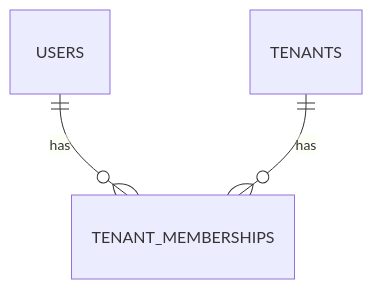
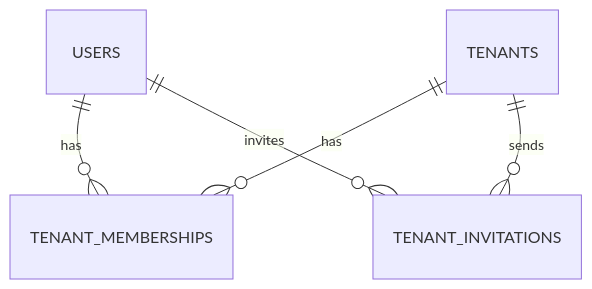
Before and after one commit to fathallah7/multi-tenant-helpdesk-saas: the first of 2 diagrams in docs/database/README.md, drawn with Mermaid. The commit also changed other lines of this file and 1 other file, not shown here.

Commit message:
Update architecture and database documentation for tenant invitations and acceptance workflows

````diff
--- a/docs/database/README.md
+++ b/docs/database/README.md
@@ -34,5 +35,7 @@
 ```mermaid
 erDiagram
     USERS ||--o{ TENANT_MEMBERSHIPS : has
     TENANTS ||--o{ TENANT_MEMBERSHIPS : has
+    TENANTS ||--o{ TENANT_INVITATIONS : sends
+    USERS ||--o{ TENANT_INVITATIONS : invites
 ```
````
